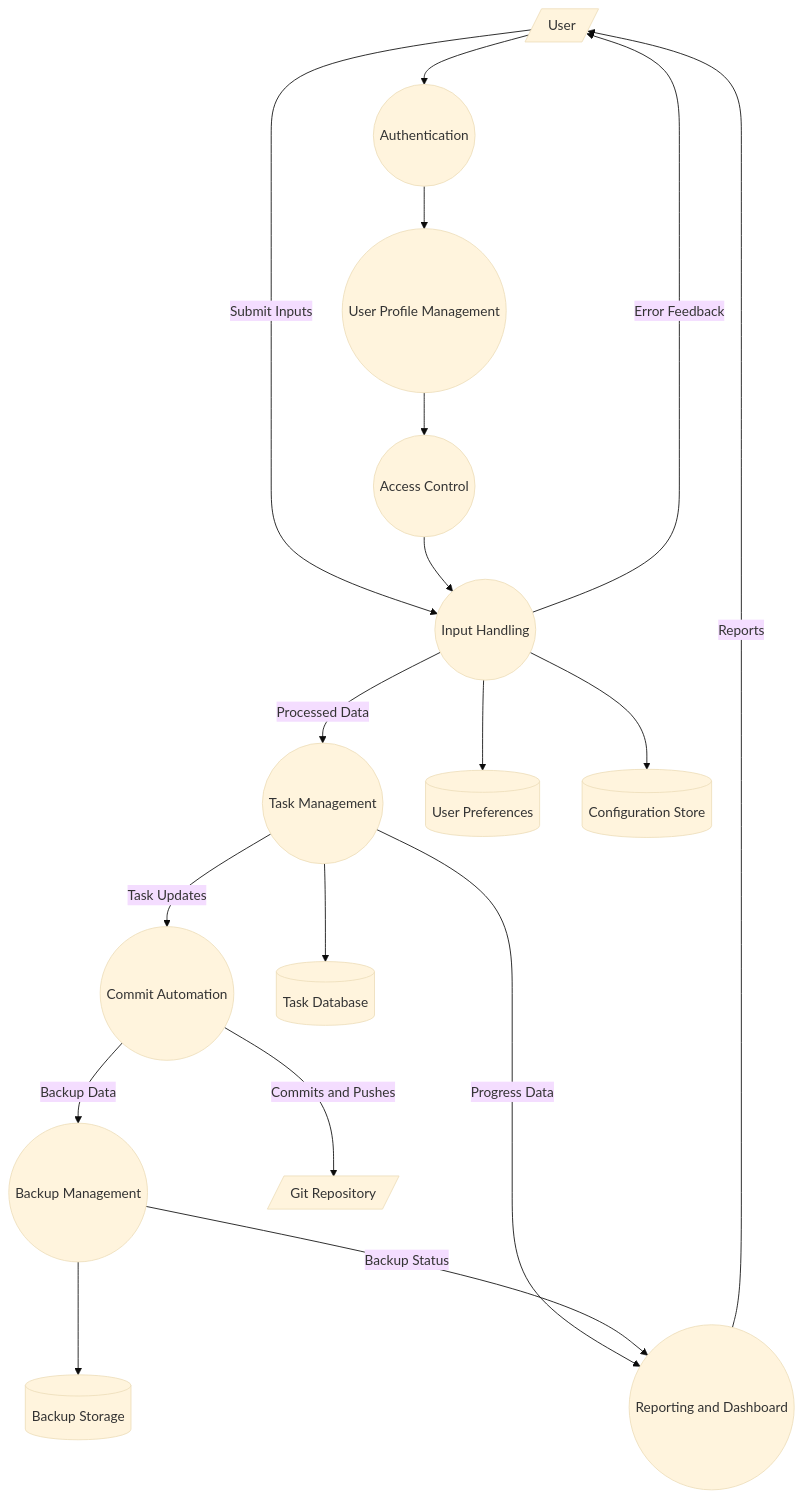
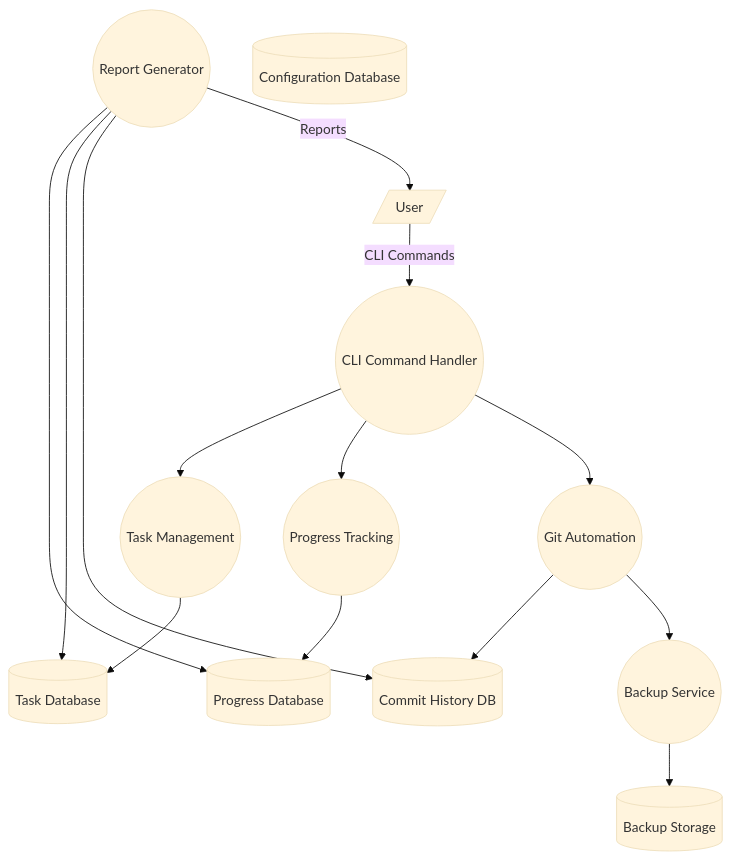
Before and after one commit to Shakour-Data/AutoProjectManagement: the second of 7 diagrams in Docs/entire_project/DFD_Diagrams.md, drawn with Mermaid (base theme). The commit also changed other lines of this file, not shown here.

````diff
--- a/Docs/entire_project/DFD_Diagrams.md
+++ b/Docs/entire_project/DFD_Diagrams.md
@@ -44,43 +28,37 @@
 ```mermaid
 graph TD
     User[/"User"/]
-    InputHandler((Input Handling))
-    TaskManagement((Task Management))
-    CommitAutomation((Commit Automation))
-    BackupManager((Backup Management))
-    GitRepo[/"Git Repository"/]
-    Reporting((Reporting and Dashboard))
-
-    TaskDB[(Task Database)]
-    UserPrefs[(User Preferences)]
-    BackupStorage[(Backup Storage)]
-    ConfigStore[(Configuration Store)]
-
-    User -->|Submit Inputs| InputHandler
-    InputHandler -->|Processed Data| TaskManagement
-    TaskManagement -->|Task Updates| CommitAutomation
-    CommitAutomation -->|Commits and Pushes| GitRepo
-    CommitAutomation -->|Backup Data| BackupManager
-    TaskManagement -->|Progress Data| Reporting
-    Reporting -->|Reports| User
-
-    %% Data Stores connections
-    TaskManagement --> TaskDB
-    InputHandler --> UserPrefs
-    BackupManager --> BackupStorage
-    InputHandler --> ConfigStore
-
-    %% User Management Processes
-    Auth((Authentication))
-    UserProfileMgmt((User Profile Management))
-    AccessControl((Access Control))
-
-    User --> Auth
-    Auth --> UserProfileMgmt
-    UserProfileMgmt --> AccessControl
-    AccessControl --> InputHandler
-
-    %% Error and Feedback Flows
-    InputHandler -->|Error Feedback| User
-    BackupManager -->|Backup Status| Reporting
+    
+    %% Main Processes
+    CLI_Handler((CLI Command Handler))
+    Task_Manager((Task Management))
+    Progress_Tracker((Progress Tracking))
+    Git_Automation((Git Automation))
+    Report_Generator((Report Generator))
+    Backup_Service((Backup Service))
+    
+    %% Databases
+    Task_DB[(Task Database)]
+    Progress_DB[(Progress Database)]
+    Config_DB[(Configuration Database)]
+    Commit_DB[(Commit History DB)]
+    Backup_Storage[(Backup Storage)]
+    
+    %% Data Flows
+    User -->|CLI Commands| CLI_Handler
+    CLI_Handler --> Task_Manager
+    CLI_Handler --> Progress_Tracker
+    CLI_Handler --> Git_Automation
+    
+    Task_Manager --> Task_DB
+    Progress_Tracker --> Progress_DB
+    Git_Automation --> Commit_DB
+    Git_Automation --> Backup_Service
+    
+    Backup_Service --> Backup_Storage
+    Report_Generator --> Progress_DB
+    Report_Generator --> Task_DB
+    Report_Generator --> Commit_DB
+    
+    Report_Generator -->|Reports| User
 ```
````
